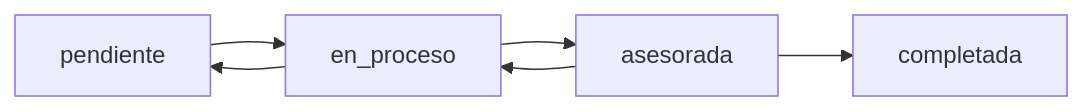
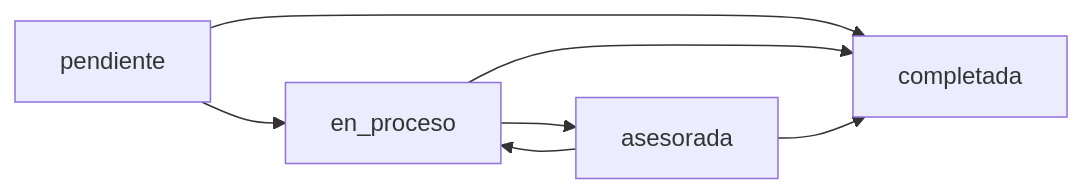
Before and after one commit to mg15best/impulsa-lov: the first of 5 diagrams in docs/ESTADOS_TRANSICIONES.md, drawn with Mermaid. The commit also changed other lines of this file and 1 other file, not shown here.

````diff
--- a/docs/ESTADOS_TRANSICIONES.md
+++ b/docs/ESTADOS_TRANSICIONES.md
@@ -30,8 +34,9 @@
 ```mermaid
 graph LR
     A[pendiente] --> B[en_proceso]
+    A[pendiente] --> D[completada]
     B --> C[asesorada]
+    B --> D[completada]
+    C --> B[en_proceso]
     C --> D[completada]
-    B --> A[pendiente]
-    C --> B[en_proceso]
 ```
````
